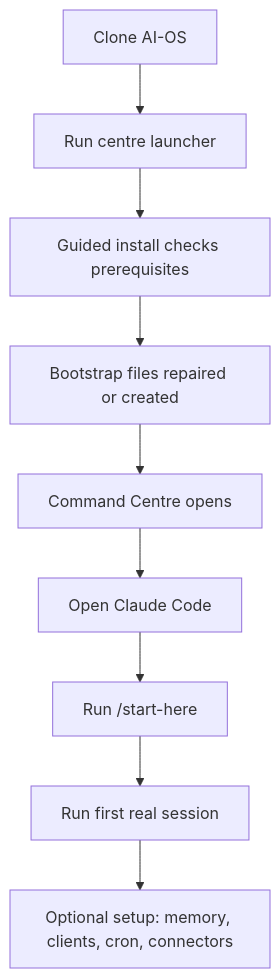
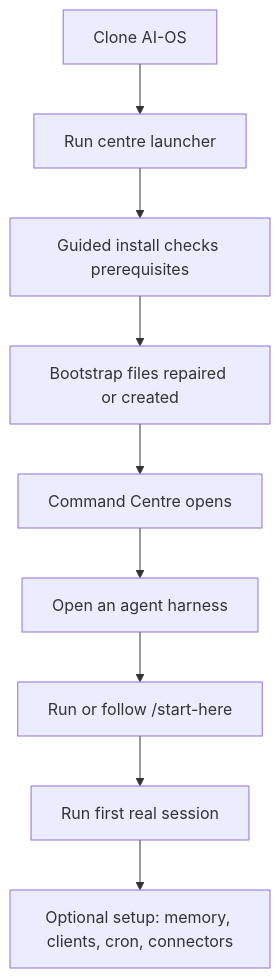
One commit to camrontaylor/AI-OS-Template changed the diagram in docs/install-and-setup.md. Above: the diagram before and after it, drawn with Mermaid. The commit also changed other lines of this file and 462 other files, not shown here.

````diff
--- a/docs/install-and-setup.md
+++ b/docs/install-and-setup.md
@@ -8,11 +8,11 @@
 ```mermaid
 flowchart TD
   A["Clone AI-OS"] --> B["Run centre launcher"]
   B --> C["Guided install checks prerequisites"]
   C --> D["Bootstrap files repaired or created"]
   D --> E["Command Centre opens"]
-  E --> F["Open Claude Code"]
-  F --> G["Run /start-here"]
+  E --> F["Open an agent harness"]
+  F --> G["Run or follow /start-here"]
   G --> H["Run first real session"]
   H --> I["Optional setup: memory, clients, cron, connectors"]
 ```
````
